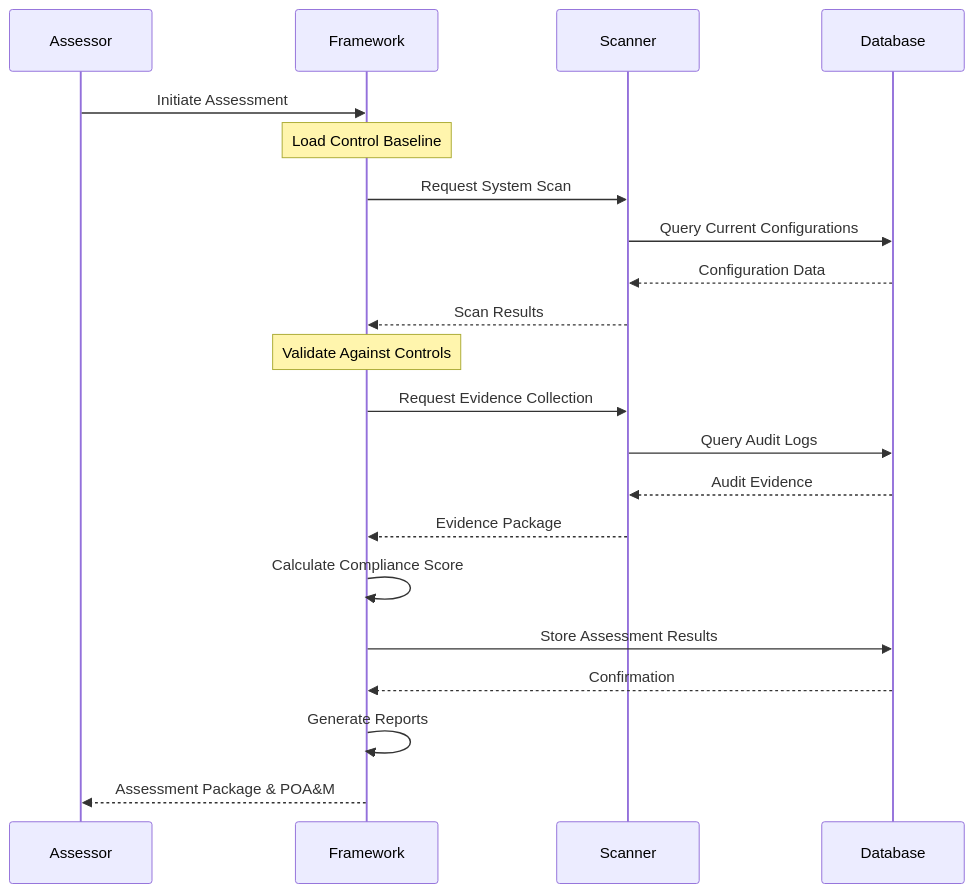
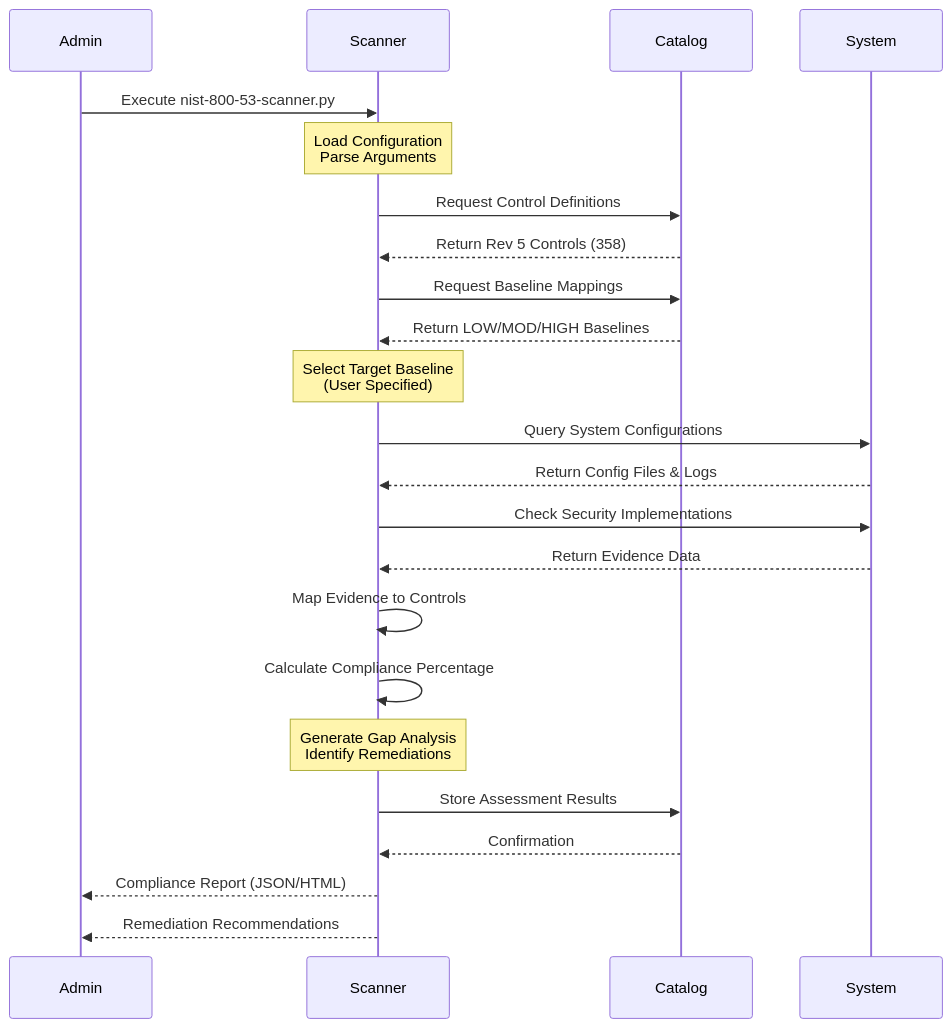
One commit to Suren-Jewels/Scripts-Toolkit changed the fourth of 4 diagrams in security-compliance/nist-frameworks/nist-800-53/README.md. Above: the diagram before and after it, drawn with Mermaid. The commit also changed other lines of this file, not shown here.

````diff
--- a/security-compliance/nist-frameworks/nist-800-53/README.md
+++ b/security-compliance/nist-frameworks/nist-800-53/README.md
@@ -194,30 +184,34 @@
 ```mermaid
 sequenceDiagram
-    participant Assessor
-    participant Framework
+    participant Admin
     participant Scanner
-    participant Database
+    participant Catalog
+    participant System
     
-    Assessor->>Framework: Initiate Assessment
-    Note over Framework: Load Control Baseline
-    Framework->>Scanner: Request System Scan
-    Scanner->>Database: Query Current Configurations
-    Database-->>Scanner: Configuration Data
-    Scanner-->>Framework: Scan Results
+    Admin->>Scanner: Execute nist-800-53-scanner.py
+    Note over Scanner: Load Configuration<br/>Parse Arguments
+    Scanner->>Catalog: Request Control Definitions
+    Catalog-->>Scanner: Return Rev 5 Controls (358)
     
-    Note over Framework: Validate Against Controls
+    Scanner->>Catalog: Request Baseline Mappings
+    Catalog-->>Scanner: Return LOW/MOD/HIGH Baselines
     
-    Framework->>Scanner: Request Evidence Collection
-    Scanner->>Database: Query Audit Logs
-    Database-->>Scanner: Audit Evidence
-    Scanner-->>Framework: Evidence Package
+    Note over Scanner: Select Target Baseline<br/>(User Specified)
     
-    Framework->>Framework: Calculate Compliance Score
+    Scanner->>System: Query System Configurations
+    System-->>Scanner: Return Config Files & Logs
     
-    Framework->>Database: Store Assessment Results
-    Database-->>Framework: Confirmation
+    Scanner->>System: Check Security Implementations
+    System-->>Scanner: Return Evidence Data
     
-    Framework->>Framework: Generate Reports
+    Scanner->>Scanner: Map Evidence to Controls
+    Scanner->>Scanner: Calculate Compliance Percentage
     
-    Framework-->>Assessor: Assessment Package & POA&M
+    Note over Scanner: Generate Gap Analysis<br/>Identify Remediations
+    
+    Scanner->>Catalog: Store Assessment Results
+    Catalog-->>Scanner: Confirmation
+    
+    Scanner-->>Admin: Compliance Report (JSON/HTML)
+    Scanner-->>Admin: Remediation Recommendations
 ```
````
